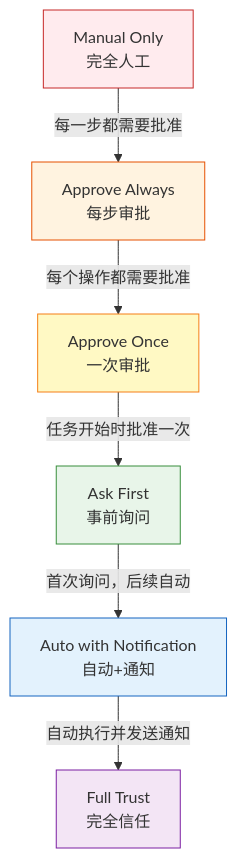
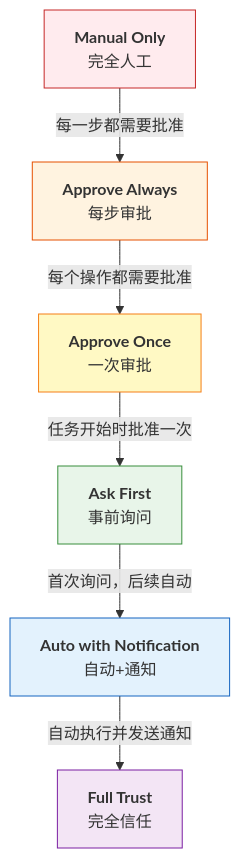
One commit to yeasy/harness_engineering_guide changed the diagram in 12_security/12.2_permission_sandbox.md. Above: the diagram before and after it, drawn with Mermaid. The commit also changed other lines of this file and 15 other files, not shown here.

````diff
--- a/12_security/12.2_permission_sandbox.md
+++ b/12_security/12.2_permission_sandbox.md
@@ -72,15 +72,15 @@
 ```mermaid
 flowchart TD
-    A["Manual Only<br/>完全人工"] -->|每一步都需要批准| B["Approve Always<br/>每步审批"]
-    B -->|每个操作都需要批准| C["Approve Once<br/>一次审批"]
-    C -->|任务开始时批准一次| D["Ask First<br/>事前询问"]
-    D -->|首次询问，后续自动| E["Auto with Notification<br/>自动+通知"]
-    E -->|自动执行并发送通知| F["Full Trust<br/>完全信任"]
+    A["<b>Manual Only</b><br/>完全人工"] -->|每一步都需要批准| B["<b>Approve Always</b><br/>每步审批"]
+    B -->|每个操作都需要批准| C["<b>Approve Once</b><br/>一次审批"]
+    C -->|任务开始时批准一次| D["<b>Ask First</b><br/>事前询问"]
+    D -->|首次询问，后续自动| E["<b>Auto with Notification</b><br/>自动+通知"]
+    E -->|自动执行并发送通知| F["<b>Full Trust</b><br/>完全信任"]
 
     style A fill:#ffebee,stroke:#c62828
     style B fill:#fff3e0,stroke:#e65100
     style C fill:#fff9c4,stroke:#f57f17
     style D fill:#e8f5e9,stroke:#388e3c
     style E fill:#e3f2fd,stroke:#1565c0
     style F fill:#f3e5f5,stroke:#7b1fa2
 ```
````
